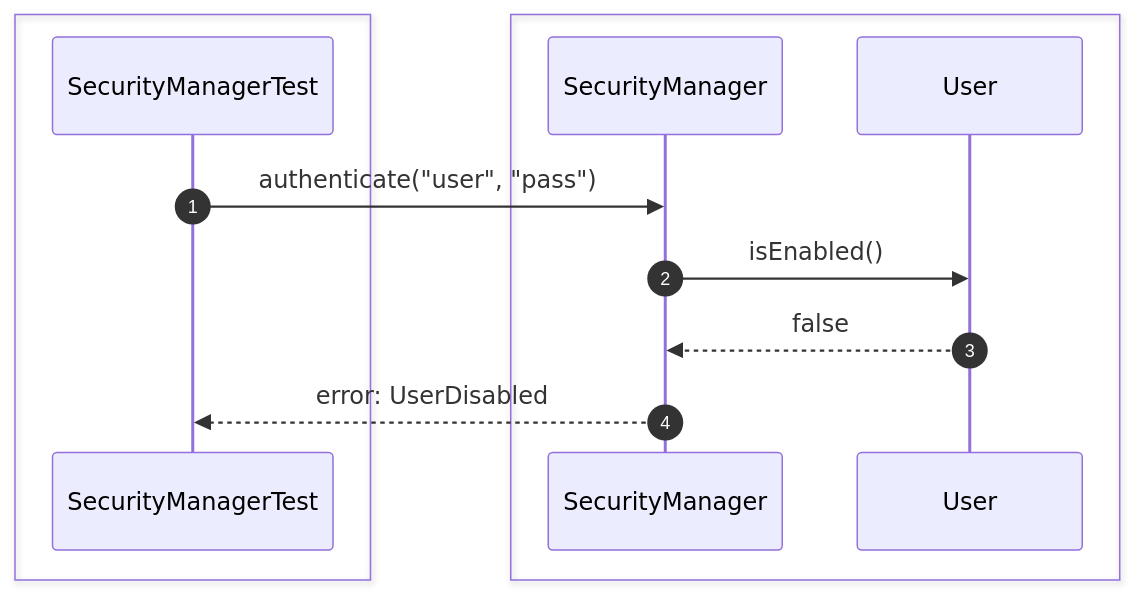
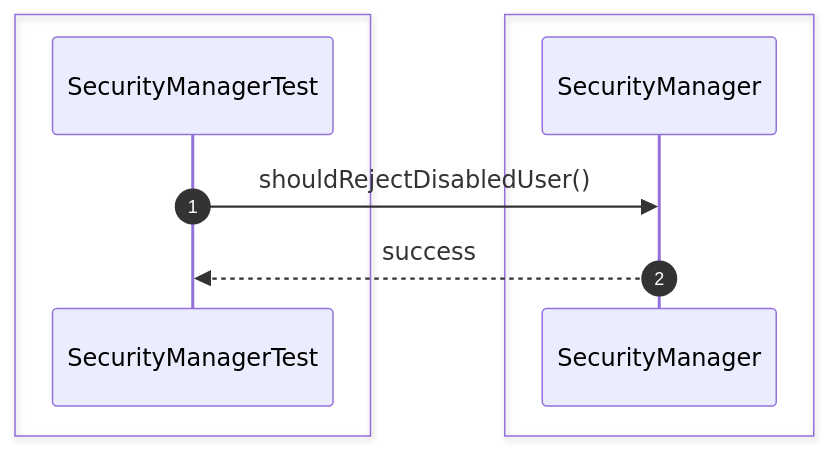
Before and after one commit to Huy1801214/dbms-architecture: the seventh of 35 diagrams in src/sequence/security.md, drawn with Mermaid. The commit also changed other lines of this file and 68 other files, not shown here.

Commit message:
implement comprehensive unit test suite and architectural sequence documentation

````diff
--- a/src/sequence/security.md
+++ b/src/sequence/security.md
@@ -123,17 +96,13 @@
 ```mermaid
 sequenceDiagram
     autonumber
-
     box #e1f5fe Test Suite
     participant Test as SecurityManagerTest
     end
-    box #e3f2fd Security Components
-    participant Security as SecurityManager
-    participant User as User
+    box #e3f2fd SecurityManager Component
+    participant SM as SecurityManager
     end
 
-    Test->>Security: authenticate("user", "pass")
-    Security->>User: isEnabled()
-    User-->>Security: false
-    Security-->>Test: error: UserDisabled
+    Test->>SM: shouldRejectDisabledUser()
+    SM-->>Test: success
 ```
````
